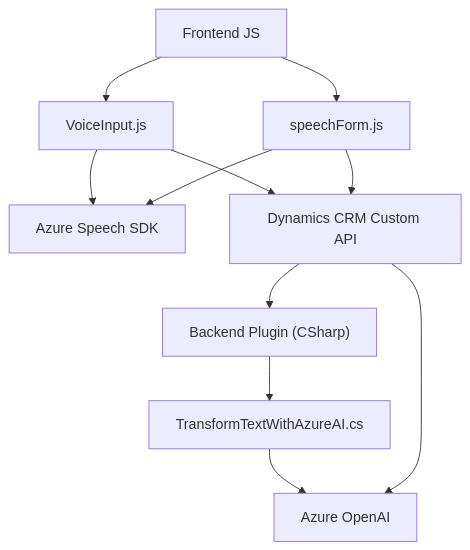
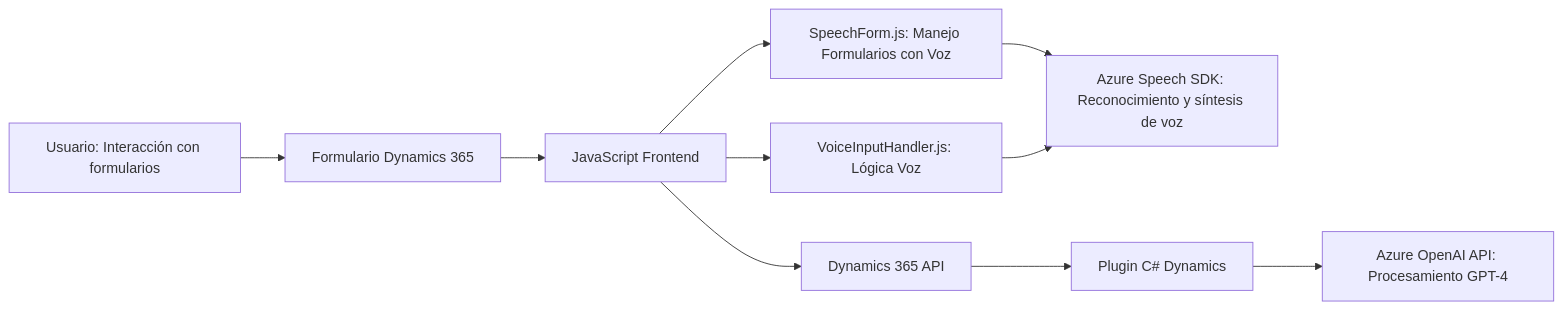
One commit to blopezdm/NETCORE_BILBAO2025 changed the diagram in README.md. Above: the diagram before and after it, drawn with Mermaid. The commit also changed other lines of this file, not shown here.

Commit message:
Actualizar análisis global de la solución con IA

````diff
--- a/README.md
+++ b/README.md
@@ -52,22 +36,22 @@
 ```mermaid
-graph TD
-    A["Frontend JS"]
-    B["VoiceInput.js"]
-    C["speechForm.js"]
-    D["Azure Speech SDK"]
-    E["Backend Plugin (CSharp)"]
-    F["TransformTextWithAzureAI.cs"]
-    G["Dynamics CRM Custom API"]
-    H["Azure OpenAI"]
-
-    A-->B
-    A-->C
-    B-->D
-    C-->D
-    B-->G
-    C-->G
-    E-->F
-    F-->H
-    G-->E
-    G-->H
+graph LR
+    User["Usuario: Interacción con formularios"]
+    Formulario["Formulario Dynamics 365"]
+    JsFrontend["JavaScript Frontend"]
+    VoiceHandler["VoiceInputHandler.js: Lógica Voz"]
+    SpeechFormHandler["SpeechForm.js: Manejo Formularios con Voz"]
+    AzureSpeechSDK["Azure Speech SDK: Reconocimiento y síntesis de voz"]
+    CSharpBackend["Plugin C# Dynamics"]
+    OpenAI["Azure OpenAI API: Procesamiento GPT-4"]
+    Dynamics["Dynamics 365 API"]
+    
+    User --> Formulario
+    Formulario --> JsFrontend
+    JsFrontend --> VoiceHandler
+    JsFrontend --> SpeechFormHandler
+    SpeechFormHandler --> AzureSpeechSDK
+    VoiceHandler --> AzureSpeechSDK
+    JsFrontend --> Dynamics
+    Dynamics --> CSharpBackend
+    CSharpBackend --> OpenAI
 ```
````
